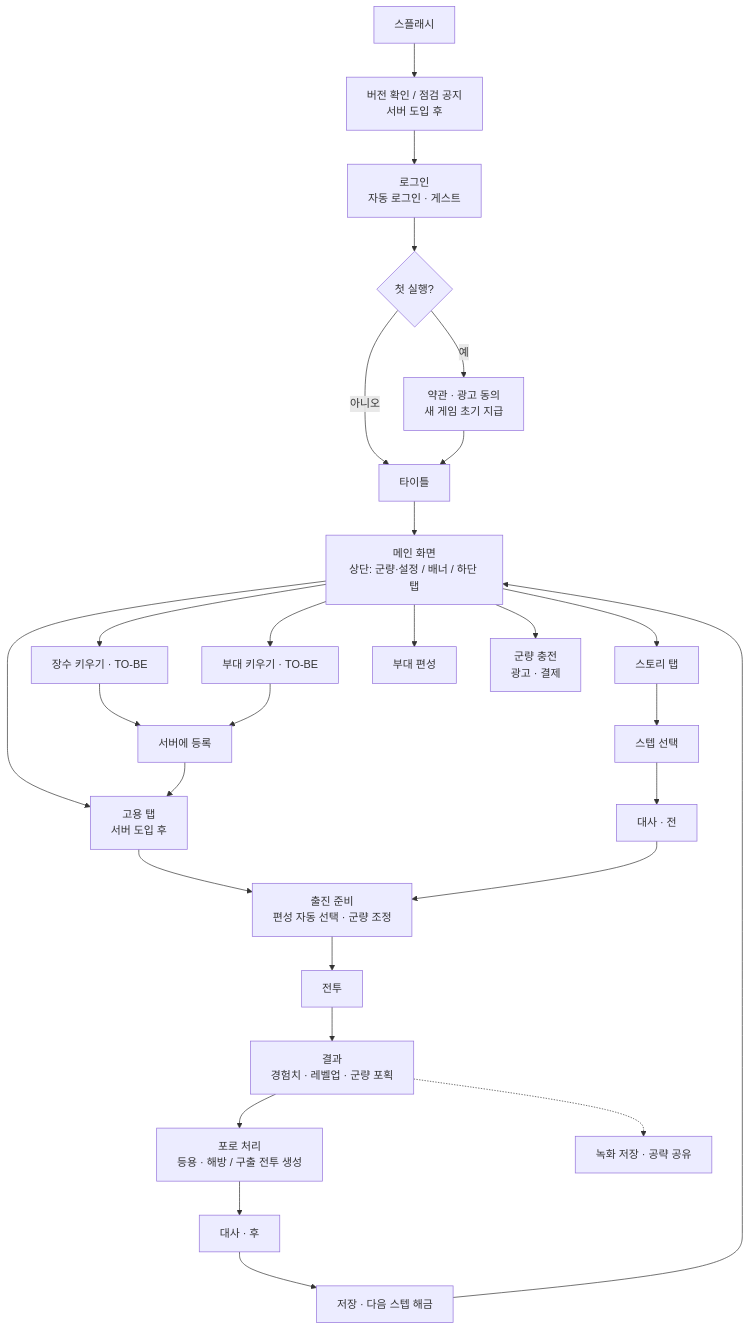
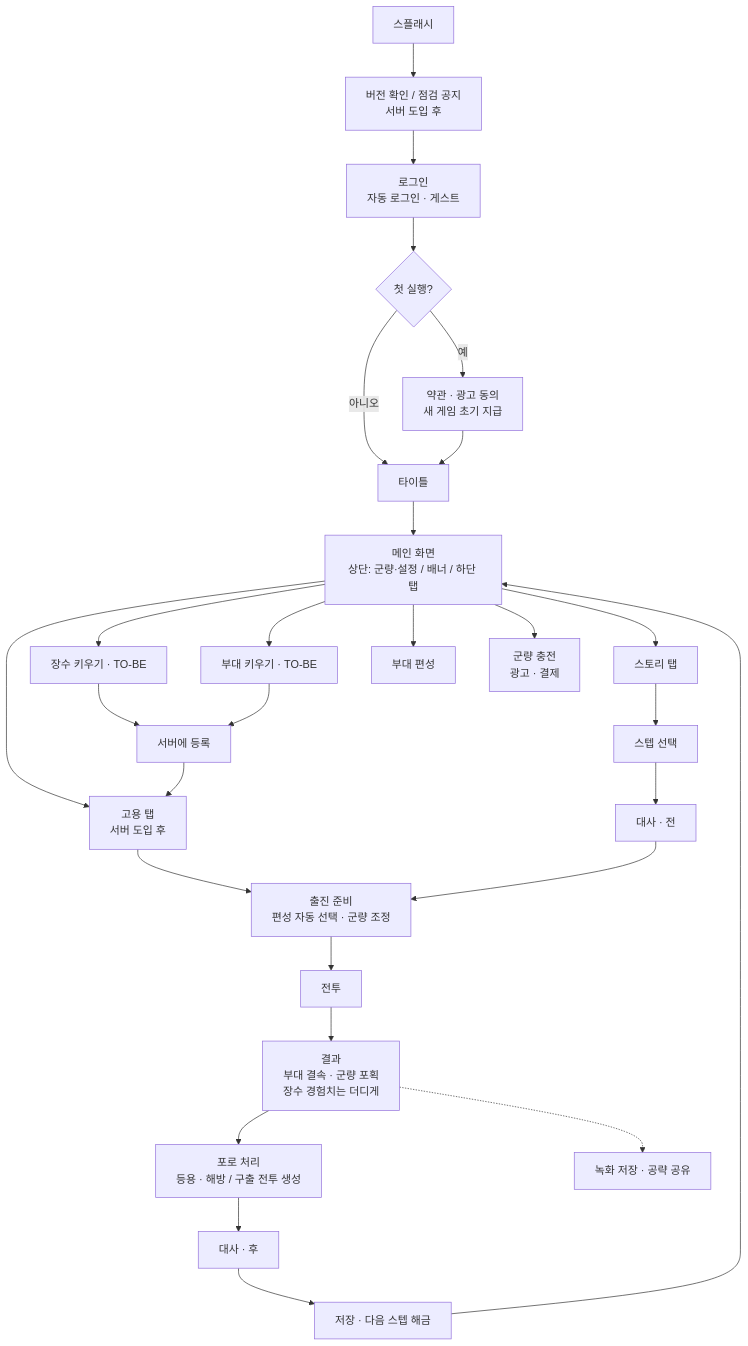
One commit to kimhanggyun/my-project-sample changed the diagram in docs/design/flow.md. Above: the diagram before and after it, drawn with Mermaid. The commit also changed other lines of this file and 8 other files, not shown here.

````diff
--- a/docs/design/flow.md
+++ b/docs/design/flow.md
@@ -11,32 +11,32 @@
 ```mermaid
 flowchart TD
     A[스플래시] --> B[버전 확인 / 점검 공지<br/>서버 도입 후]
     B --> C[로그인<br/>자동 로그인 · 게스트]
     C --> D{첫 실행?}
     D -- 예 --> E[약관 · 광고 동의<br/>새 게임 초기 지급]
     D -- 아니오 --> F[타이틀]
     E --> F
     F --> G[메인 화면<br/>상단: 군량·설정 / 배너 / 하단 탭]
 
     G --> T1[스토리 탭]
     G --> T2[장수 키우기 · TO-BE]
     G --> T3[부대 키우기 · TO-BE]
     G --> T4[부대 편성]
     G --> T5[군량 충전<br/>광고 · 결제]
     G --> T6[고용 탭<br/>서버 도입 후]
     T2 --> R[서버에 등록]
     T3 --> R
     R --> T6
     T6 --> S3
 
     T1 --> S1[스텝 선택]
     S1 --> S2[대사 · 전]
     S2 --> S3[출진 준비<br/>편성 자동 선택 · 군량 조정]
     S3 --> S4[전투]
-    S4 --> S5[결과<br/>경험치 · 레벨업 · 군량 포획]
+    S4 --> S5[결과<br/>부대 결속 · 군량 포획<br/>장수 경험치는 더디게]
     S5 --> S6[포로 처리<br/>등용 · 해방 / 구출 전투 생성]
     S5 -.-> RP[녹화 저장 · 공략 공유]
     S6 --> S7[대사 · 후]
     S7 --> S8[저장 · 다음 스텝 해금]
     S8 --> G
 ```
````
